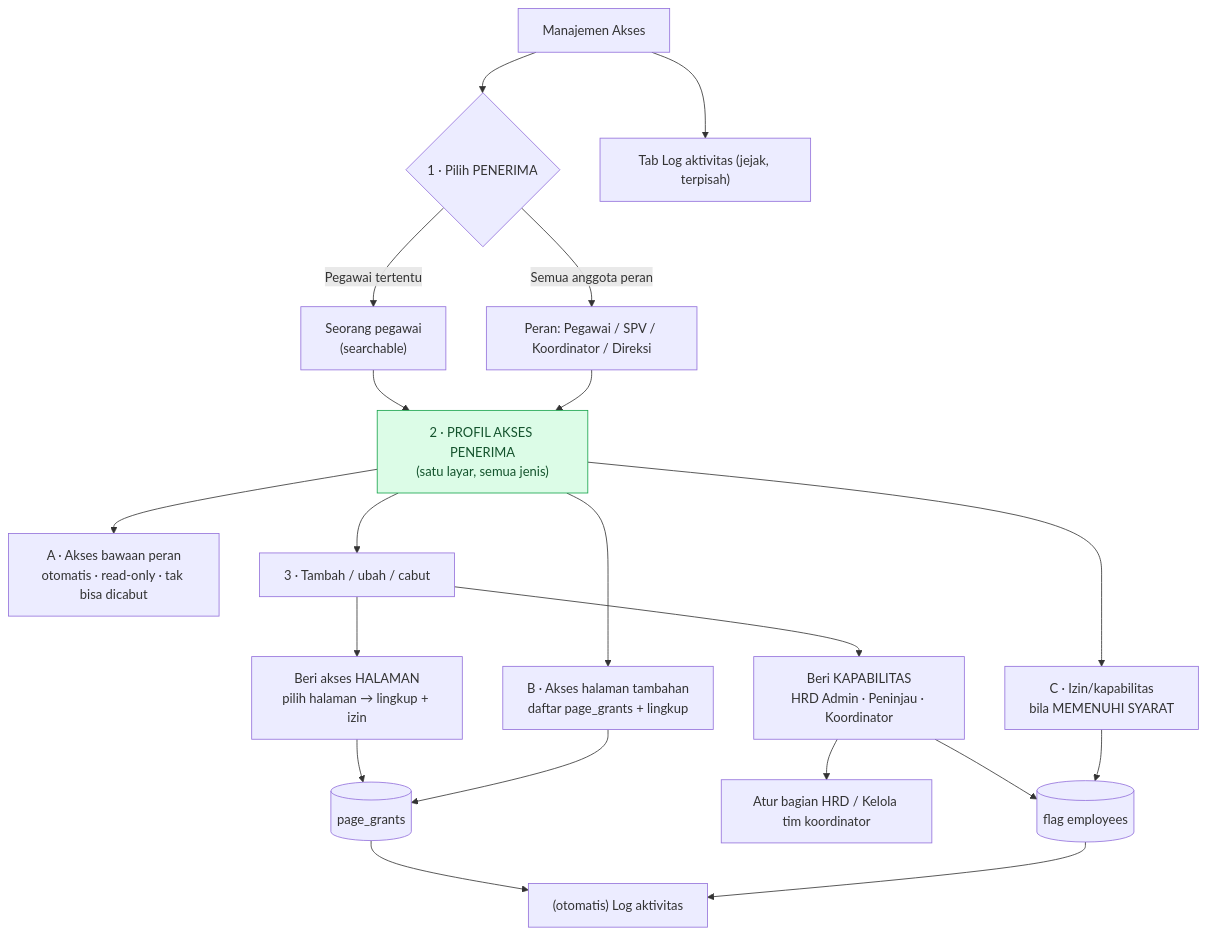
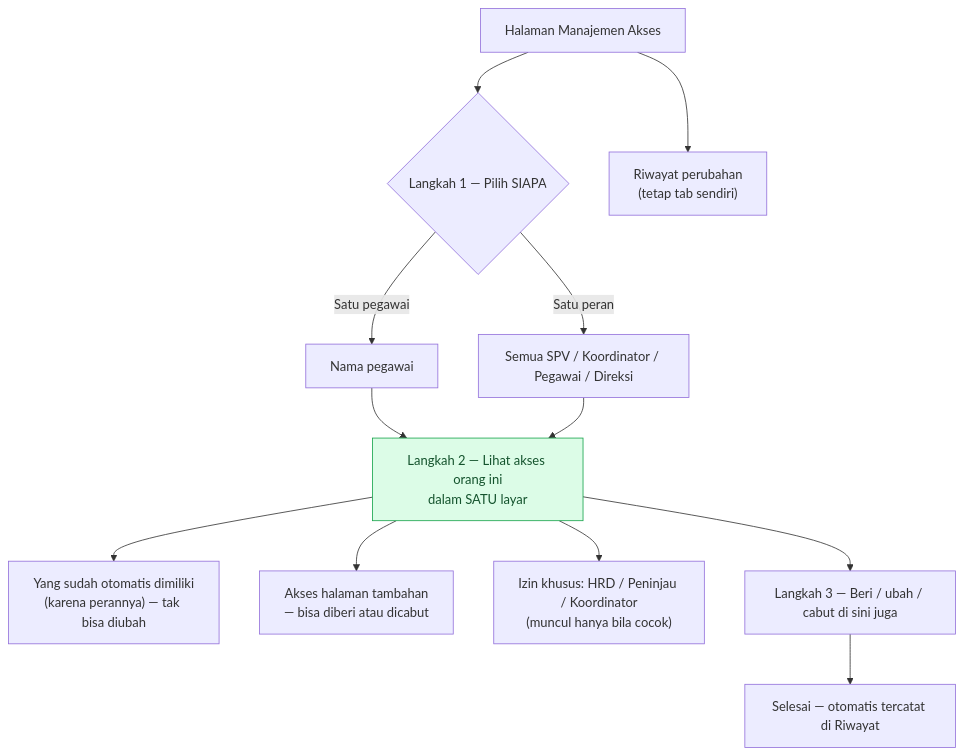
The second of 2 diagrams in docs/pengembangan/DESAIN-MANAJEMEN-AKSES.md (infarmcorp/infarm-360), drawn with Mermaid before and after one commit. The commit also changed other lines of this file, not shown here.

Commit message:
perbarui bahasa diagram mermaid

````diff
--- a/docs/pengembangan/DESAIN-MANAJEMEN-AKSES.md
+++ b/docs/pengembangan/DESAIN-MANAJEMEN-AKSES.md
@@ -243,31 +231,21 @@
 ```mermaid
 flowchart TD
-  START["Manajemen Akses"] --> S1{"1 · Pilih PENERIMA"}
-  S1 -->|"Pegawai tertentu"| P["Seorang pegawai<br/>(searchable)"]
-  S1 -->|"Semua anggota peran"| R["Peran: Pegawai / SPV / Koordinator / Direksi"]
+  START["Halaman Manajemen Akses"] --> S1{"Langkah 1 — Pilih SIAPA"}
+  S1 -->|"Satu pegawai"| P["Nama pegawai"]
+  S1 -->|"Satu peran"| R["Semua SPV / Koordinator / Pegawai / Direksi"]
 
-  P --> PROF["2 · PROFIL AKSES PENERIMA<br/>(satu layar, semua jenis)"]
+  P --> PROF["Langkah 2 — Lihat akses orang ini<br/>dalam SATU layar"]
   R --> PROF
 
-  PROF --> PA["A · Akses bawaan peran<br/>otomatis · read-only · tak bisa dicabut"]
-  PROF --> PB["B · Akses halaman tambahan<br/>daftar page_grants + lingkup"]
-  PROF --> PC["C · Izin/kapabilitas<br/>bila MEMENUHI SYARAT"]
+  PROF --> PA["Yang sudah otomatis dimiliki<br/>(karena perannya) — tak bisa diubah"]
+  PROF --> PB["Akses halaman tambahan<br/>— bisa diberi atau dicabut"]
+  PROF --> PC["Izin khusus: HRD / Peninjau / Koordinator<br/>(muncul hanya bila cocok)"]
 
-  PROF --> S3["3 · Tambah / ubah / cabut"]
+  PROF --> S3["Langkah 3 — Beri / ubah / cabut di sini juga"]
+  S3 --> DONE["Selesai — otomatis tercatat di Riwayat"]
 
-  S3 --> G1["Beri akses HALAMAN<br/>pilih halaman → lingkup + izin"]
-  G1 --> WG[("page_grants")]
-  PB --> WG
-
-  S3 --> G2["Beri KAPABILITAS<br/>HRD Admin · Peninjau · Koordinator"]
-  G2 --> G2a["Atur bagian HRD / Kelola tim koordinator"]
-  G2 --> WC[("flag employees")]
-  PC --> WC
-
-  WG --> LOG["(otomatis) Log aktivitas"]
-  WC --> LOG
-  START --> TLOG["Tab Log aktivitas (jejak, terpisah)"]
+  START --> TLOG["Riwayat perubahan<br/>(tetap tab sendiri)"]
 
   classDef good fill:#dcfce7,stroke:#16a34a,color:#14532d;
   class PROF good;
 ```
````
